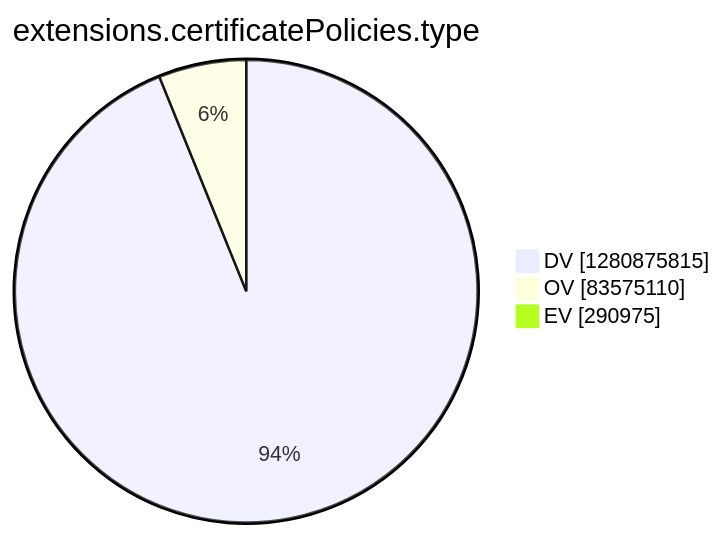
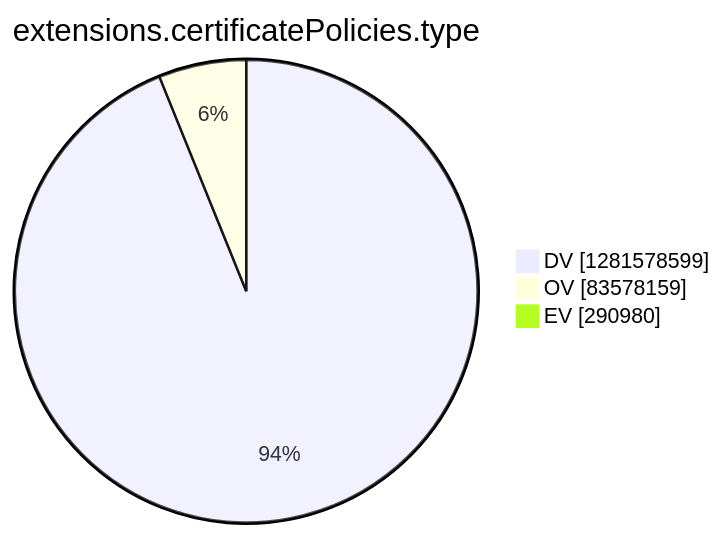
Before and after one commit to christiankrug/ctmonitor_visualization: the tenth of 15 diagrams in argon2022/README.md, drawn with Mermaid. The commit also changed other lines of this file, not shown here.

````diff
--- a/argon2022/README.md
+++ b/argon2022/README.md
@@ -2771,7 +2771,7 @@
 ```mermaid
 pie showData
 title extensions.certificatePolicies.type
-"DV" :1280875815
-"OV" :83575110
-"EV" :290975
+"DV" :1281578599
+"OV" :83578159
+"EV" :290980
 ```
````
